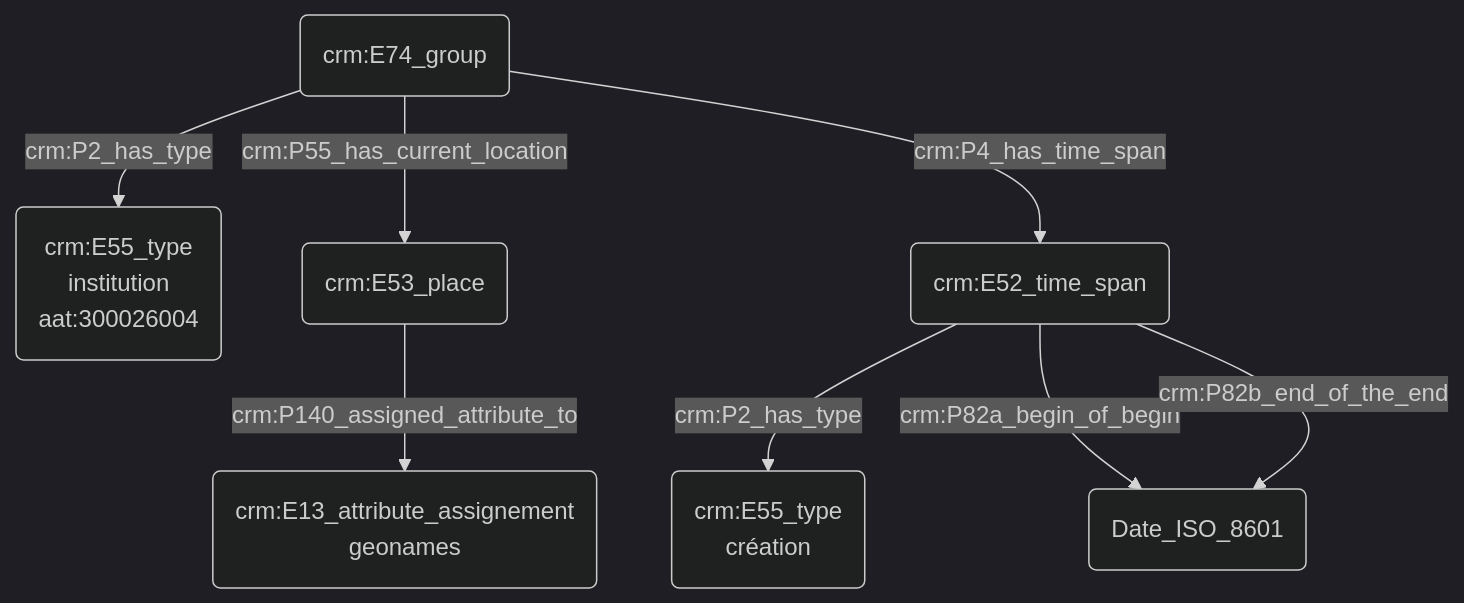
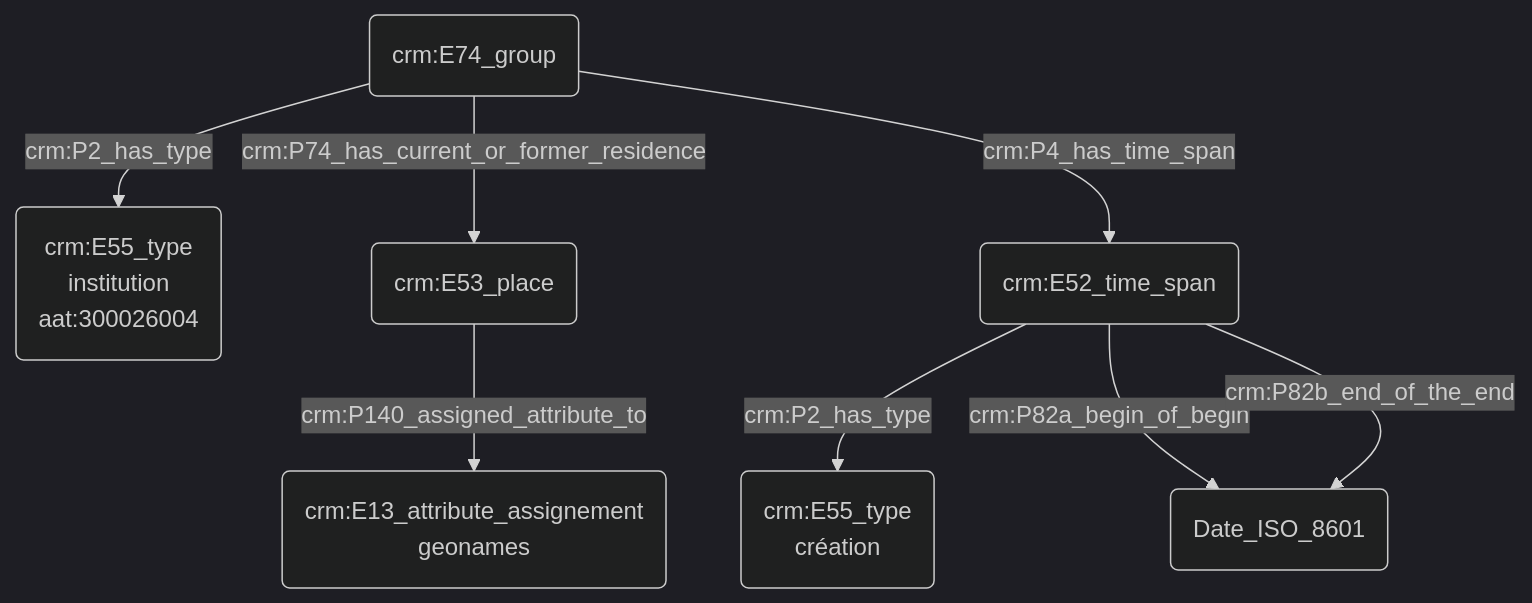
The diagram in modules/livrables/Dossier 2/Prosopographie/modélisation d'une institution.md (Amleth/consortium-musica2-gt2-ontologies), drawn with Mermaid (dark theme) before and after one commit.

Commit message:
Update modélisation d'une institution.md

````diff
--- a/modules/livrables/Dossier 2/Prosopographie/modélisation d'une institution.md
+++ b/modules/livrables/Dossier 2/Prosopographie/modélisation d'une institution.md
@@ -17,12 +17,12 @@
 ```mermaid
 graph TD;
 
 A(crm:E74_group) -->|crm:P2_has_type| B(crm:E55_type<br>institution<br>aat:300026004)
-A(crm:E74_group) -->|crm:P55_has_current_location| C(crm:E53_place)
+A(crm:E74_group) -->|crm:P74_has_current_or_former_residence| C(crm:E53_place)
 C(crm:E53_place) -->|crm:P140_assigned_attribute_to| D(crm:E13_attribute_assignement<br>geonames)
 A(crm:E74_group) -->|crm:P4_has_time_span| E(crm:E52_time_span)
 E(crm:E52_time_span) -->|crm:P2_has_type| G(crm:E55_type<br>création)
 E(crm:E52_time_span) -->|crm:P82a_begin_of_begin| F(Date_ISO_8601)
 E(crm:E52_time_span) -->|crm:P82b_end_of_the_end| F(Date_ISO_8601)
 
 ```
````
